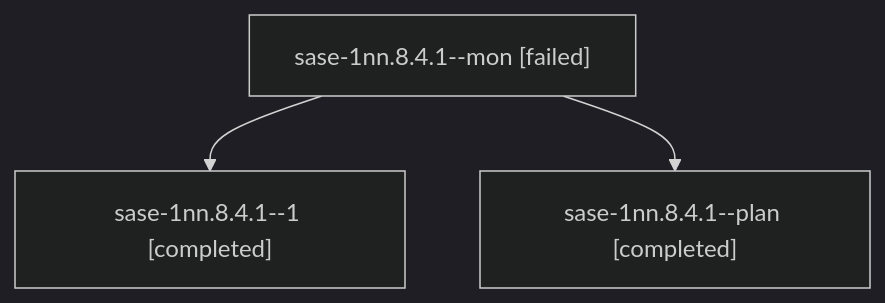
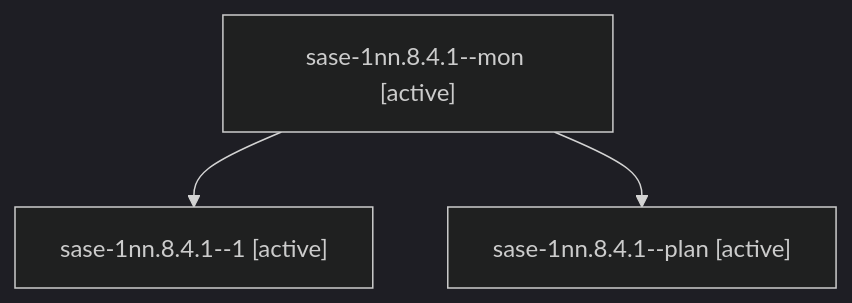
The diagram in sessions/bbugyi200.athena.sase-1nn.8.4.1.md (sase-org/sase--agents), drawn with Mermaid (dark theme) before and after one commit. The commit also changed other lines of this file and 274 other files, not shown here.

````diff
--- a/sessions/bbugyi200.athena.sase-1nn.8.4.1.md
+++ b/sessions/bbugyi200.athena.sase-1nn.8.4.1.md
@@ -9,8 +9,8 @@
 ```mermaid
 flowchart TD
-  n0["sase-1nn.8.4.1--mon [failed]"]
-  n1["sase-1nn.8.4.1--1 [completed]"]
+  n0["sase-1nn.8.4.1--mon [active]"]
+  n1["sase-1nn.8.4.1--1 [active]"]
   n0 --> n1
-  n2["sase-1nn.8.4.1--plan [completed]"]
+  n2["sase-1nn.8.4.1--plan [active]"]
   n0 --> n2
 ```
````
